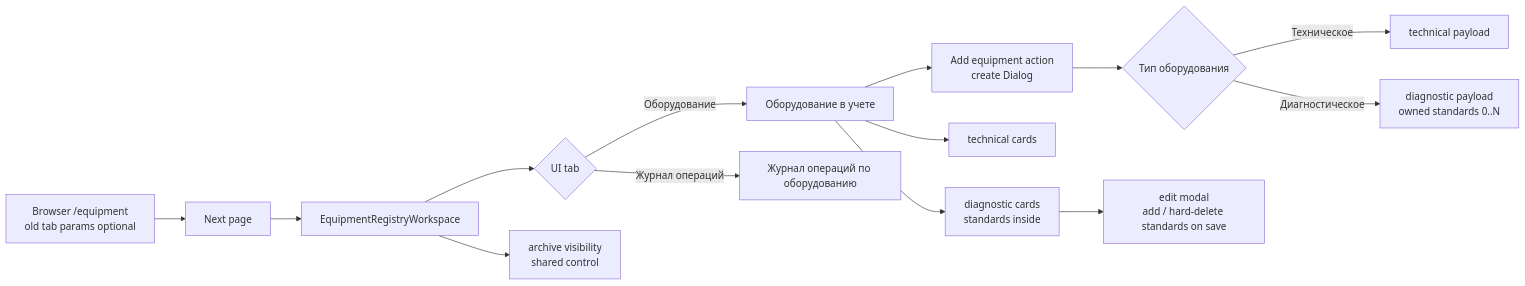
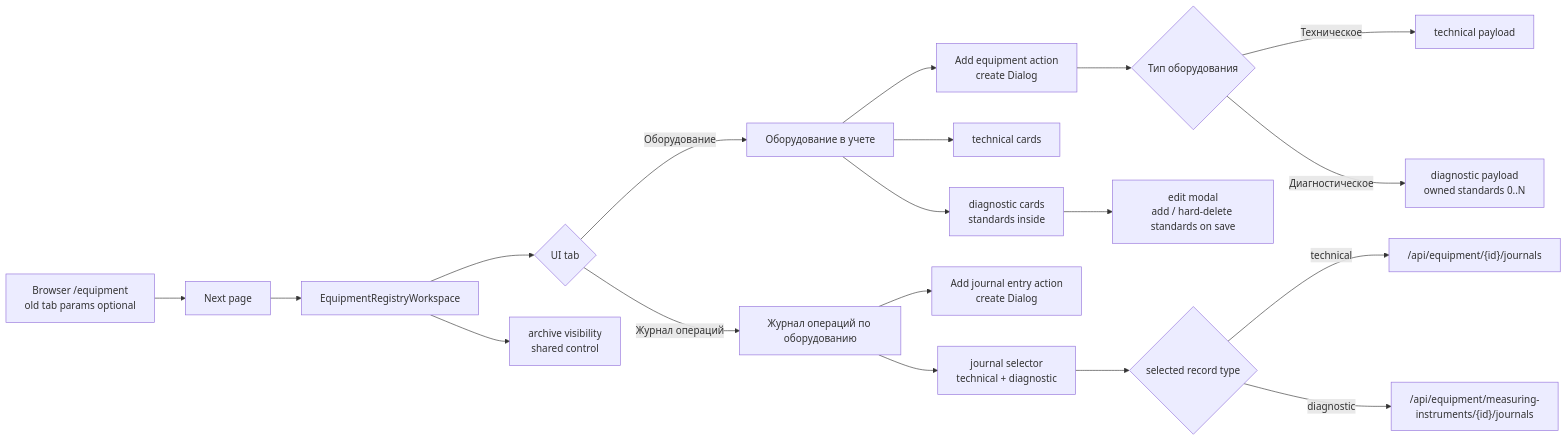
The sixth of 9 diagrams in docs/architecture/frontend-architecture.md (vrk-app/vrk), drawn with Mermaid before and after one commit. The commit also changed other lines of this file and 192 other files, not shown here.

First line of the commit message:
feat(app): add equipment photos and journal flows

````diff
--- a/docs/architecture/frontend-architecture.md
+++ b/docs/architecture/frontend-architecture.md
@@ -204,16 +207,21 @@
 ```mermaid
 flowchart LR
     A["Browser /equipment<br/>old tab params optional"] --> B["Next page"]
     B --> C["EquipmentRegistryWorkspace"]
     C --> T{"UI tab"}
     T -->|"Оборудование"| H["Оборудование в учете"]
     T -->|"Журнал операций"| K["Журнал операций по оборудованию"]
     H --> D["Add equipment action<br/>create Dialog"]
+    K --> N["Add journal entry action<br/>create Dialog"]
     D --> E{"Тип оборудования"}
     E -->|"Техническое"| F["technical payload"]
     E -->|"Диагностическое"| G["diagnostic payload<br/>owned standards 0..N"]
     H --> I["technical cards"]
     H --> J["diagnostic cards<br/>standards inside"]
     J --> M["edit modal<br/>add / hard-delete standards on save"]
+    K --> O["journal selector<br/>technical + diagnostic"]
+    O --> P{"selected record type"}
+    P -->|"technical"| Q["/api/equipment/{id}/journals"]
+    P -->|"diagnostic"| R["/api/equipment/measuring-instruments/{id}/journals"]
     C --> L["archive visibility<br/>shared control"]
 ```
````
